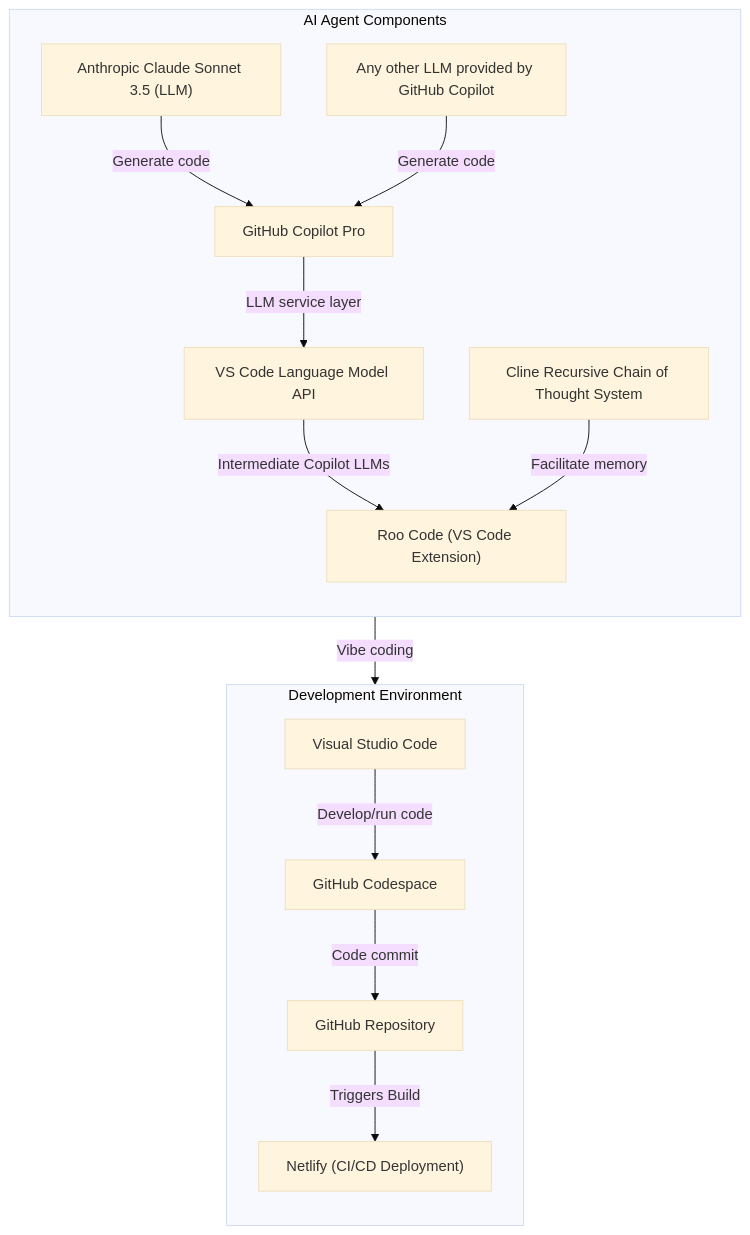
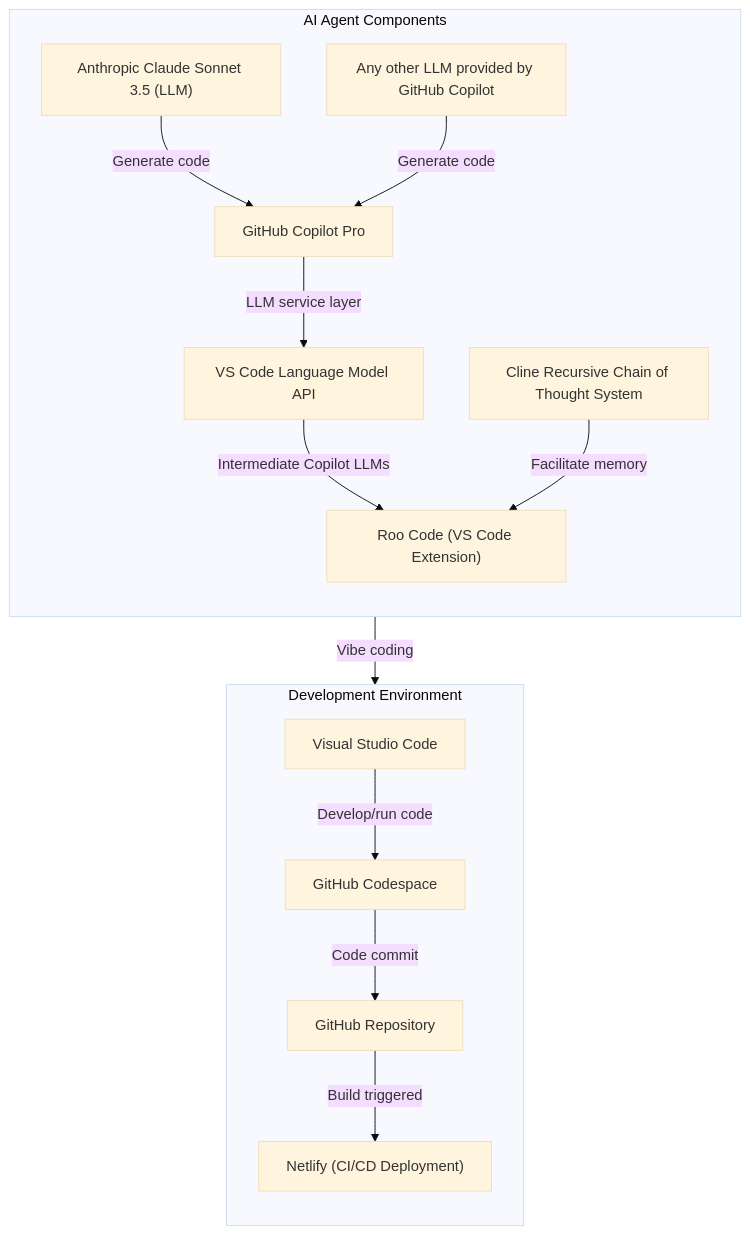
The diagram in README.md (RickRinewalt/pipeline), drawn with Mermaid (base theme) before and after one commit.

````diff
--- a/README.md
+++ b/README.md
@@ -18,32 +18,32 @@
 ```mermaid
 graph TB
     subgraph AI [AI Agent Components]
         direction TB
         roo["Roo Code (VS Code Extension)"]
         crct["Cline Recursive Chain of Thought System"]
         vscode_lmapi[VS Code Language Model API]
         github_copilot[GitHub Copilot Pro]
         sonnet["Anthropic Claude Sonnet 3.5 (LLM)"]
         other_model["Any other LLM provided by GitHub Copilot"]
     end
 
     subgraph DEV [Development Environment]
         direction TB
         vscode[Visual Studio Code]
         codespace[GitHub Codespace]
         github["GitHub Repository"]
         netlify["Netlify (CI/CD Deployment)"]
     end
 
     sonnet --> |Generate code| github_copilot
     other_model --> |Generate code| github_copilot
     github_copilot --> |LLM service layer| vscode_lmapi
     vscode_lmapi --> |Intermediate Copilot LLMs| roo
     crct --> |Facilitate memory| roo
     roo --> |Vibe coding| codespace
 
     vscode --> |Develop/run code| codespace
     codespace --> |Code commit| github
-    github --> |Triggers Build| netlify
+    github --> |Build triggered| netlify
 
 ```
````
